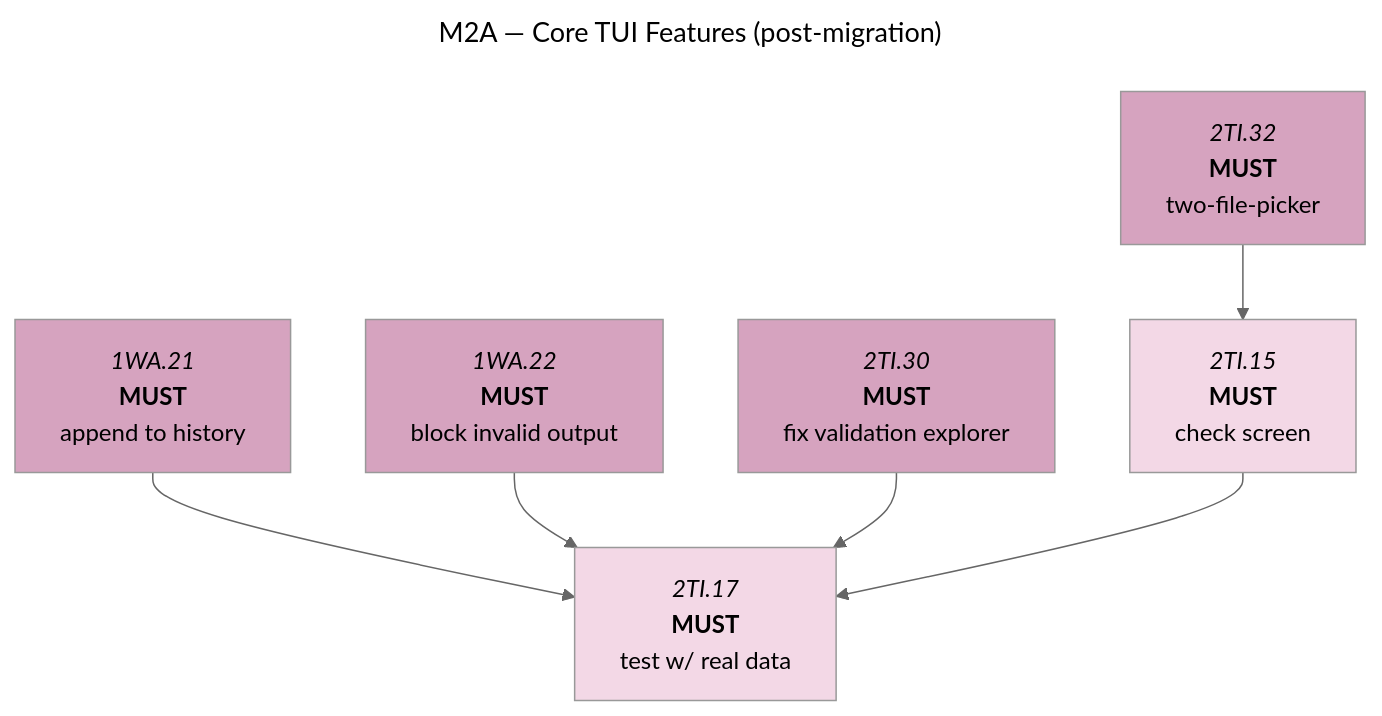
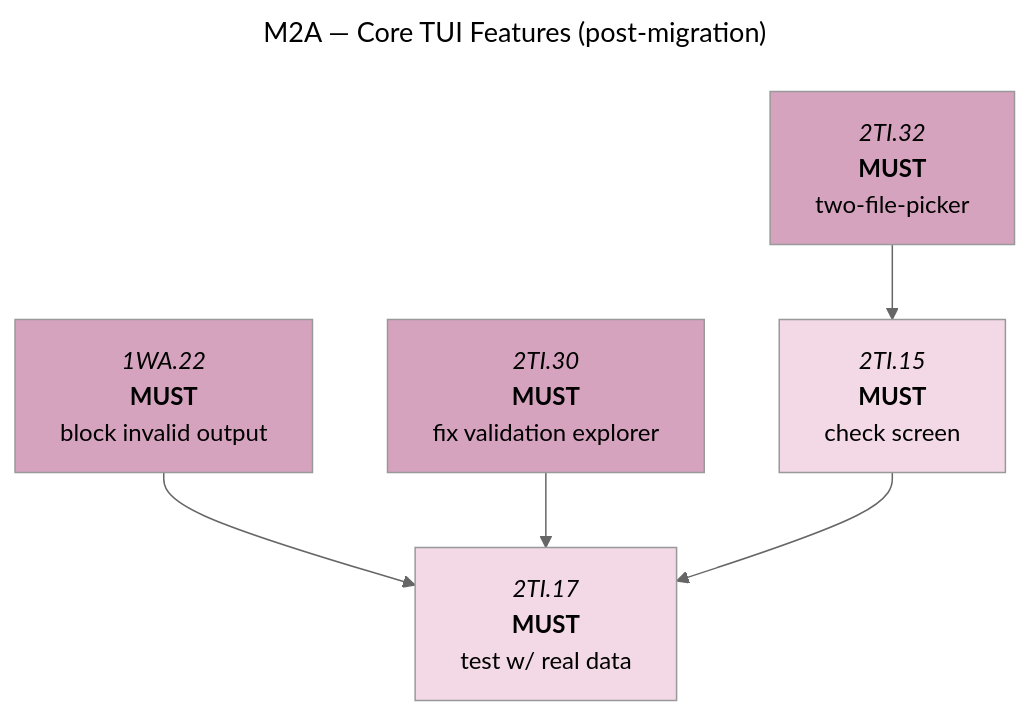
Before and after one commit to foundersandcoders/iris: the second of 5 diagrams in docs/roadmaps/phase-1-mvp-features.md, drawn with Mermaid (neutral theme). The commit also changed other lines of this file, not shown here.

Commit message:
docs: update roadmap

````diff
--- a/docs/roadmaps/phase-1-mvp-features.md
+++ b/docs/roadmaps/phase-1-mvp-features.md
@@ -149,24 +149,23 @@
 ```mermaid
 ---
 title: M2A — Core TUI Features (post-migration)
 ---
 graph TD
 
-1WA.21["`*1WA.21*<br/>**MUST**<br/>append to history`"]:::must-open
 1WA.22["`*1WA.22*<br/>**MUST**<br/>block invalid output`"]:::must-open
 2TI.30["`*2TI.30*<br/>**MUST**<br/>fix validation explorer`"]:::must-open
 2TI.32["`*2TI.32*<br/>**MUST**<br/>two-file-picker`"]:::must-open
 2TI.15["`*2TI.15*<br/>**MUST**<br/>check screen`"]:::must-blocked
 2TI.17["`*2TI.17*<br/>**MUST**<br/>test w/ real data`"]:::must-blocked
 
 2TI.32 --> 2TI.15
-1WA.21 & 1WA.22 & 2TI.30 & 2TI.15 --> 2TI.17
+1WA.22 & 2TI.30 & 2TI.15 --> 2TI.17
 
 classDef must-open fill:#D6A3BF,color:#000;
 classDef must-blocked fill:#F3D8E6,color:#000;
 classDef should-open fill:#6F2A52,color:#fff;
 classDef should-blocked fill:#A45A84,color:#fff;
 classDef could-open fill:#3E7F96,color:#fff;
 classDef could-blocked fill:#5FA3BA,color:#fff;
 classDef mile fill:#E8EFF6,color:#000;
 ```
````
